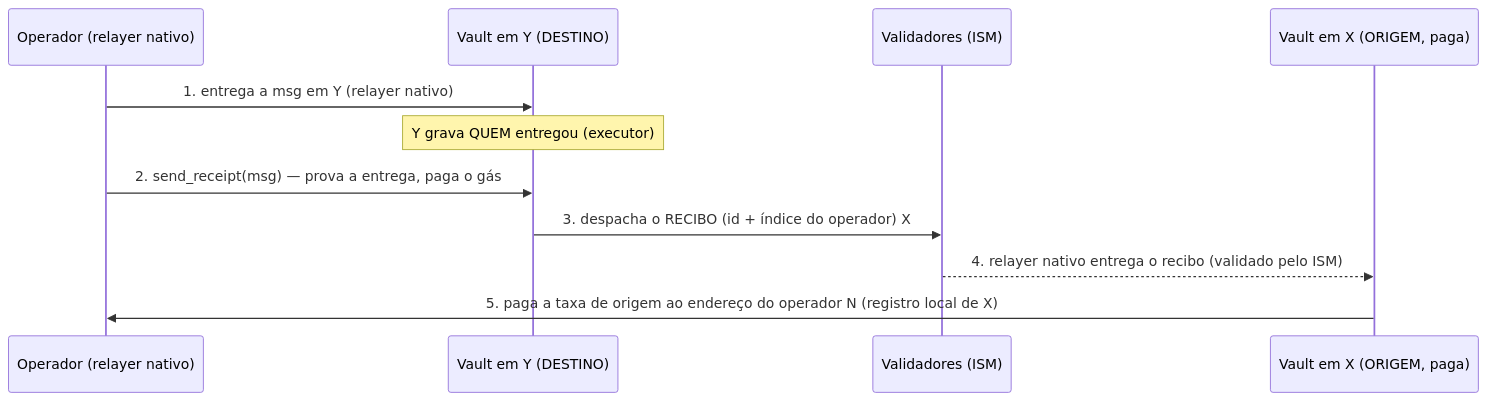
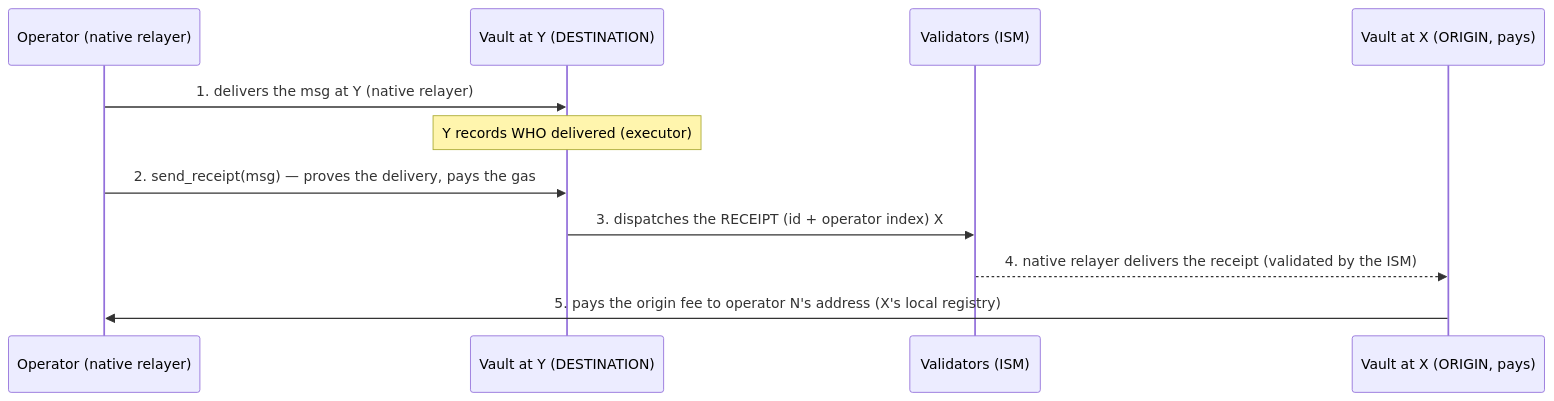
One commit to terra-classic-hyperlane/proof-of-delivery changed the diagram in docs/GUIA-OPERADORES-VALIDADORES.md. Above: the diagram before and after it, drawn with Mermaid. The commit also changed other lines of this file and 29 other files, not shown here.

````diff
--- a/docs/GUIA-OPERADORES-VALIDADORES.md
+++ b/docs/GUIA-OPERADORES-VALIDADORES.md
@@ -85,13 +88,13 @@
 ```mermaid
 sequenceDiagram
-    participant Op as Operador (relayer nativo)
-    participant Yv as Vault em Y (DESTINO)
-    participant Val as Validadores (ISM)
-    participant Xv as Vault em X (ORIGEM, paga)
-    Op->>Yv: 1. entrega a msg em Y (relayer nativo)
-    Note over Yv: Y grava QUEM entregou (executor)
-    Op->>Yv: 2. send_receipt(msg) — prova a entrega, paga o gás
-    Yv->>Val: 3. despacha o RECIBO (id + índice do operador) X
-    Val-->>Xv: 4. relayer nativo entrega o recibo (validado pelo ISM)
-    Xv->>Op: 5. paga a taxa de origem ao endereço do operador N (registro local de X)
+    participant Op as Operator (native relayer)
+    participant Yv as Vault at Y (DESTINATION)
+    participant Val as Validators (ISM)
+    participant Xv as Vault at X (ORIGIN, pays)
+    Op->>Yv: 1. delivers the msg at Y (native relayer)
+    Note over Yv: Y records WHO delivered (executor)
+    Op->>Yv: 2. send_receipt(msg) — proves the delivery, pays the gas
+    Yv->>Val: 3. dispatches the RECEIPT (id + operator index) X
+    Val-->>Xv: 4. native relayer delivers the receipt (validated by the ISM)
+    Xv->>Op: 5. pays the origin fee to operator N's address (X's local registry)
 ```
````
